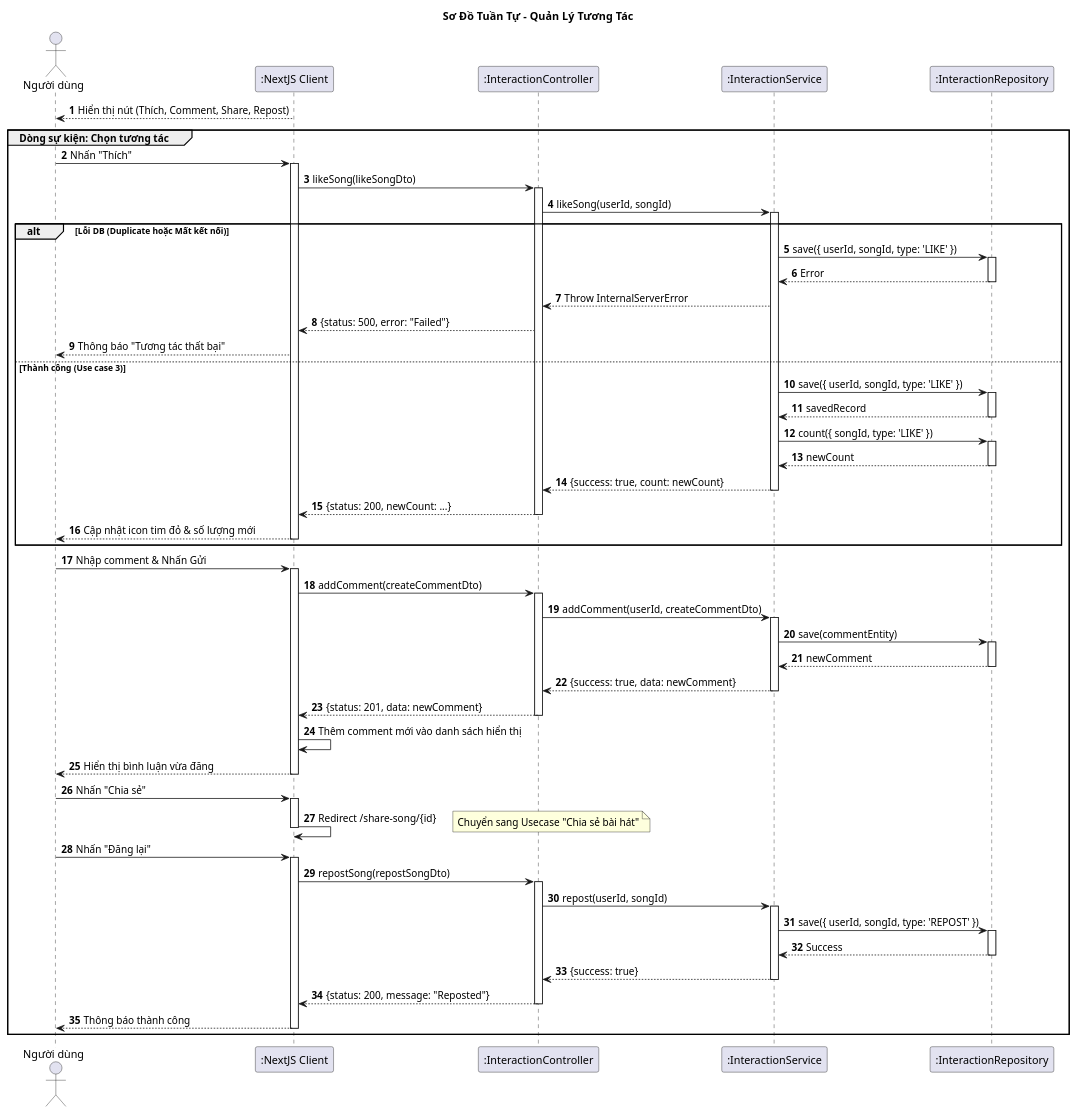
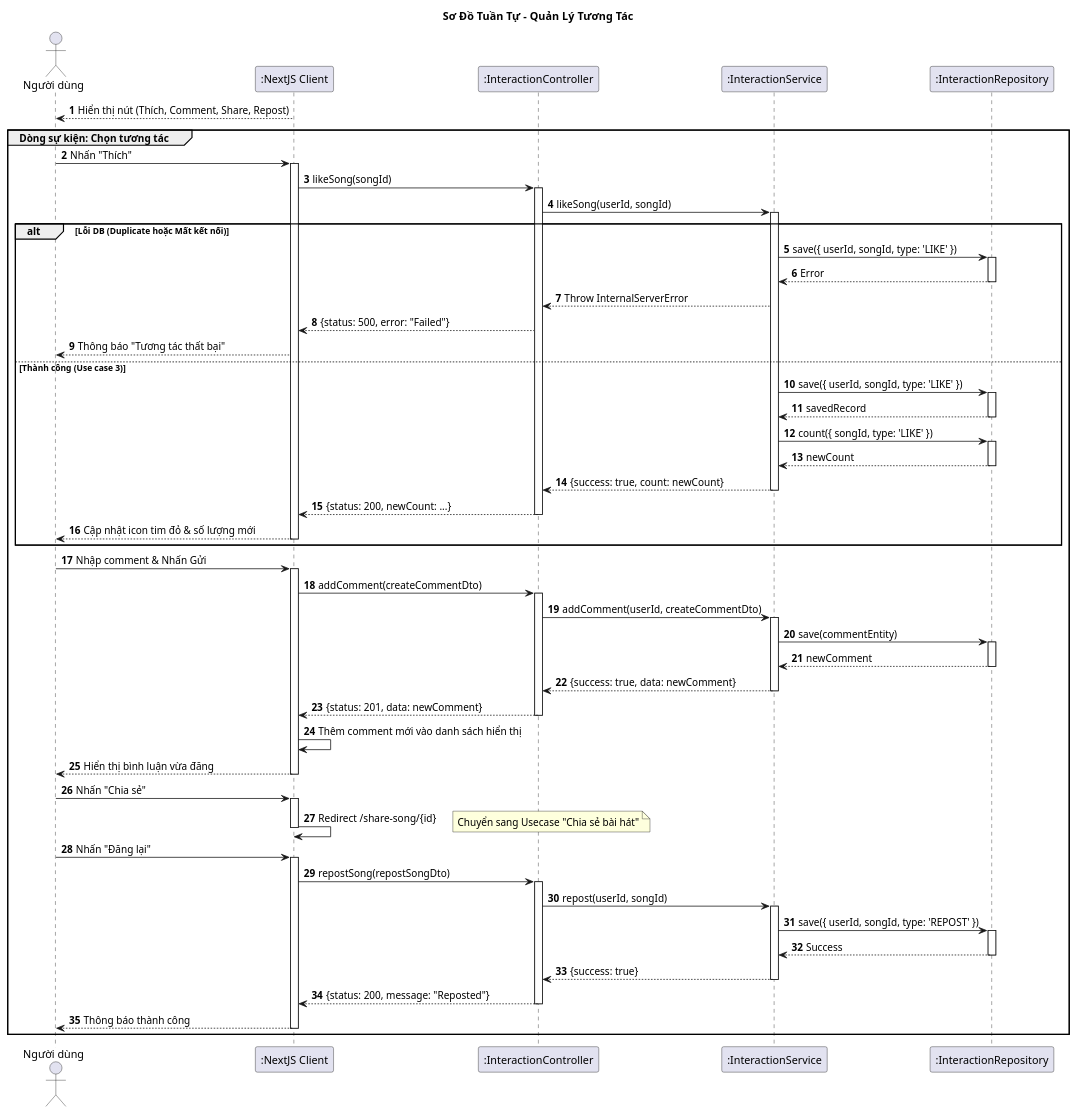
Before and after one commit to vinh047/soundwave: the diagram in Diagrams/SequenceDiagram/ManageInteractSD.plantuml, drawn with PlantUML. The commit also changed 4 other files, not shown here.

```diff
--- a/Diagrams/SequenceDiagram/ManageInteractSD.plantuml
+++ b/Diagrams/SequenceDiagram/ManageInteractSD.plantuml
@@ -1,115 +1,115 @@
 @startuml Sequence Diagram - Tương Tác Bài Hát 
 
 title Sơ Đồ Tuần Tự - Quản Lý Tương Tác 
 
 actor "Người dùng" as User
 participant ":NextJS Client" as UI
 participant ":InteractionController" as Controller
 participant ":InteractionService" as Service
 participant ":InteractionRepository" as DB
 
 autonumber
 
 ' === BƯỚC 1: HIỂN THỊ ===
 UI --> User: Hiển thị nút (Thích, Comment, Share, Repost)
 
 ' === BƯỚC 2: CÁC TƯƠNG TÁC ===
 group Dòng sự kiện: Chọn tương tác
 
     ' === KỊCH BẢN 2.1: THÍCH BÀI HÁT ===
     User -> UI: Nhấn "Thích"
     activate UI
-    UI -> Controller: likeSong(likeSongDto)
+    UI -> Controller: likeSong(songId)
     activate Controller
     
     ' Controller lấy userId từ dto.user
     Controller -> Service: likeSong(userId, songId)
     activate Service
 
     ' Kiểm tra lỗi (Use case 3.1)
     alt Lỗi DB (Duplicate hoặc Mất kết nối)
         Service -> DB: save({ userId, songId, type: 'LIKE' })
         activate DB
         DB --> Service: Error
         deactivate DB
         
         Service --> Controller: Throw InternalServerError
         Controller --> UI: {status: 500, error: "Failed"}
         UI --> User: Thông báo "Tương tác thất bại"
         
     else Thành công (Use case 3)
         Service -> DB: save({ userId, songId, type: 'LIKE' })
         activate DB
         DB --> Service: savedRecord
         deactivate DB
         
         ' Use case 4: Hiện lại số lượng
         ' Cách tối ưu: Đếm lại hoặc trả về kết quả
         Service -> DB: count({ songId, type: 'LIKE' })
         activate DB
         DB --> Service: newCount
         deactivate DB
         
         Service --> Controller: {success: true, count: newCount}
         deactivate Service
         
         Controller --> UI: {status: 200, newCount: ...}
         deactivate Controller
         
         UI --> User: Cập nhật icon tim đỏ & số lượng mới
         deactivate UI
     end
 
     ' === KỊCH BẢN 2.2: BÌNH LUẬN ===
     User -> UI: Nhập comment & Nhấn Gửi
     activate UI
     UI -> Controller: addComment(createCommentDto)
     activate Controller
     Controller -> Service: addComment(userId, createCommentDto)
     activate Service
     
     Service -> DB: save(commentEntity)
     activate DB
     DB --> Service: newComment
     deactivate DB
     
     ' NestJS: Thường trả về comment vừa tạo để append vào list
     ' Thay vì load lại cả list (nặng server)
     Service --> Controller: {success: true, data: newComment}
     deactivate Service
     Controller --> UI: {status: 201, data: newComment}
     deactivate Controller
     
     UI -> UI: Thêm comment mới vào danh sách hiển thị
     UI --> User: Hiển thị bình luận vừa đăng
     deactivate UI
 
     ' === KỊCH BẢN 2.3: CHIA SẺ ===
     User -> UI: Nhấn "Chia sẻ"
     activate UI
     UI -> UI: Redirect /share-song/{id}
     note right: Chuyển sang Usecase "Chia sẻ bài hát"
     deactivate UI
 
     ' === KỊCH BẢN 2.4: ĐĂNG LẠI (Repost) ===
     User -> UI: Nhấn "Đăng lại"
     activate UI
     UI -> Controller: repostSong(repostSongDto)
     activate Controller
     Controller -> Service: repost(userId, songId)
     activate Service
     
     Service -> DB: save({ userId, songId, type: 'REPOST' })
     activate DB
     DB --> Service: Success
     deactivate DB
     
     Service --> Controller: {success: true}
     deactivate Service
     Controller --> UI: {status: 200, message: "Reposted"}
     deactivate Controller
     
     UI --> User: Thông báo thành công
     deactivate UI
 end
 @enduml
```
